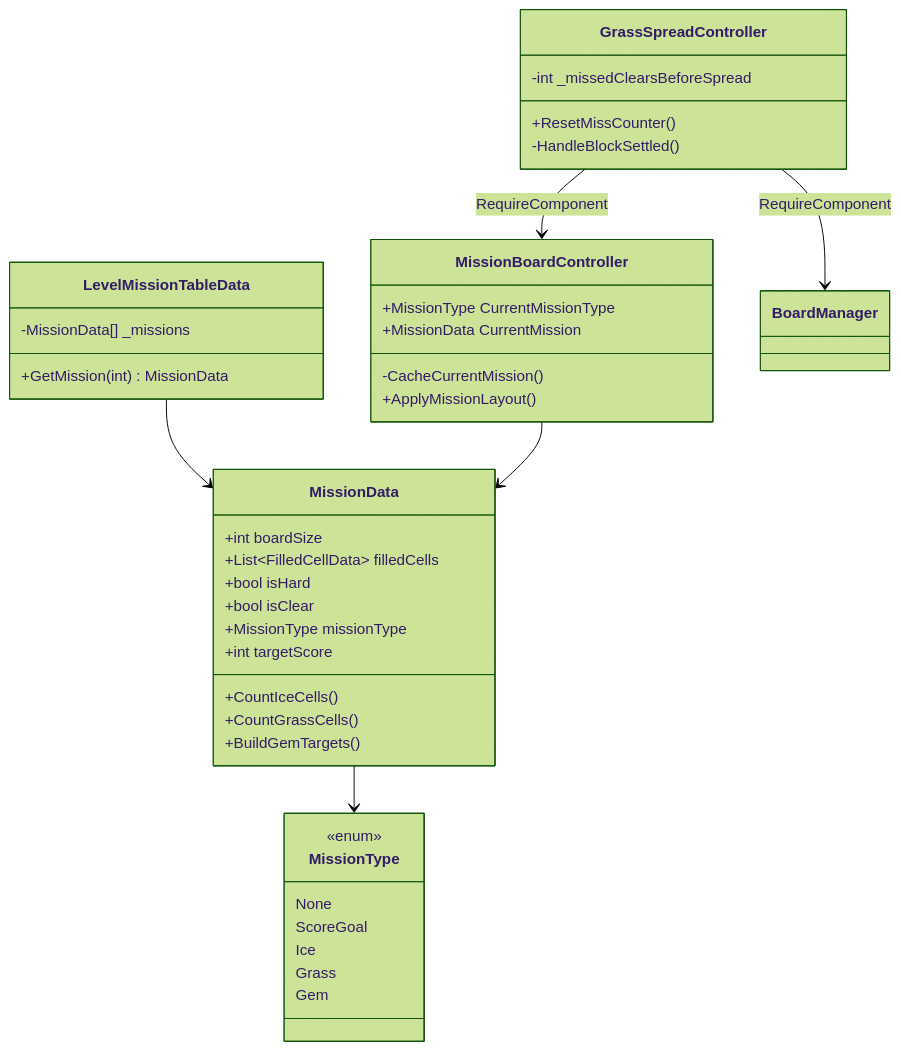
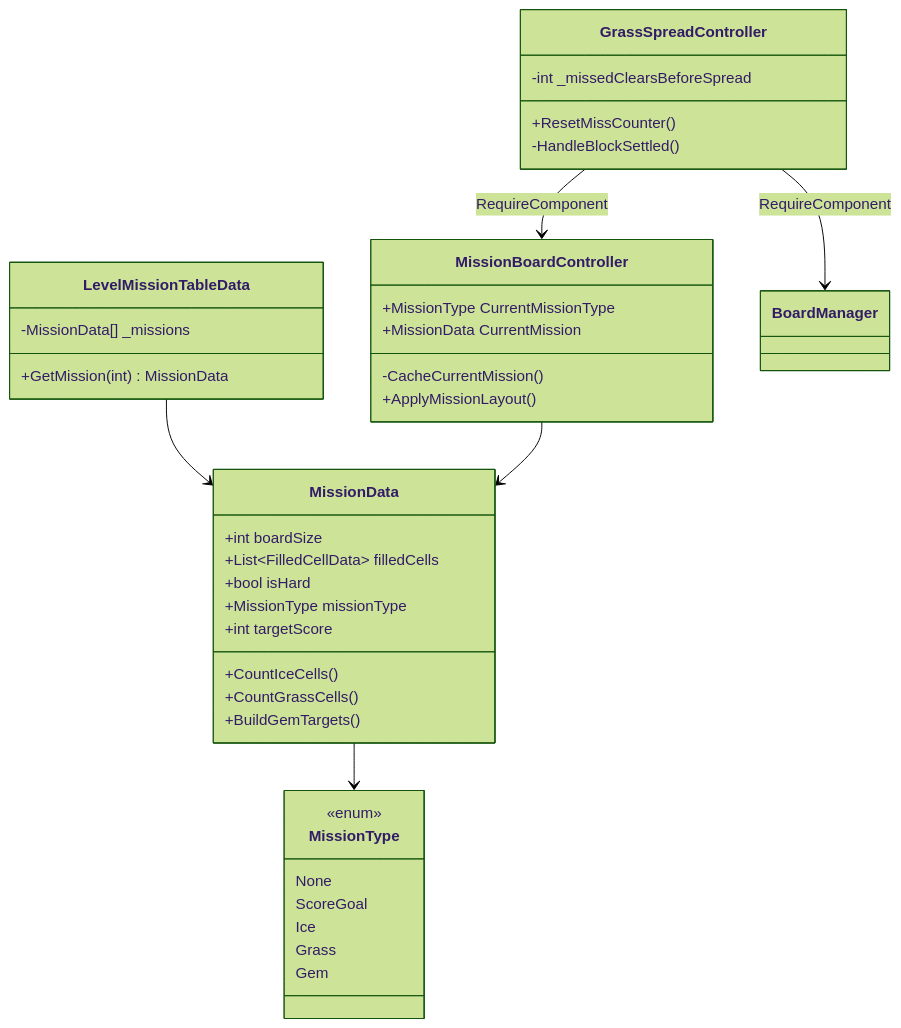
The third of 3 diagrams in docs/diagrams/mission-board-controller.md (chlghksgml01/BlockPuzzle), drawn with Mermaid (forest theme) before and after one commit. The commit also changed other lines of this file and 12 other files, not shown here.

````diff
--- a/docs/diagrams/mission-board-controller.md
+++ b/docs/diagrams/mission-board-controller.md
@@ -68,47 +68,46 @@
 ```mermaid
 classDiagram
   class MissionType {
     <<enum>>
     None
     ScoreGoal
     Ice
     Grass
     Gem
   }
 
   class MissionData {
     +int boardSize
     +List~FilledCellData~ filledCells
     +bool isHard
-    +bool isClear
     +MissionType missionType
     +int targetScore
     +CountIceCells()
     +CountGrassCells()
     +BuildGemTargets()
   }
 
   class LevelMissionTableData {
     -MissionData[] _missions
     +GetMission(int) MissionData
   }
 
   class MissionBoardController {
     +MissionType CurrentMissionType
     +MissionData CurrentMission
     -CacheCurrentMission()
     +ApplyMissionLayout()
   }
 
   class GrassSpreadController {
     -int _missedClearsBeforeSpread
     +ResetMissCounter()
     -HandleBlockSettled()
   }
 
   MissionData --> MissionType
   LevelMissionTableData --> MissionData
   MissionBoardController --> MissionData
   GrassSpreadController --> MissionBoardController : RequireComponent
   GrassSpreadController --> BoardManager : RequireComponent
 ```
````
